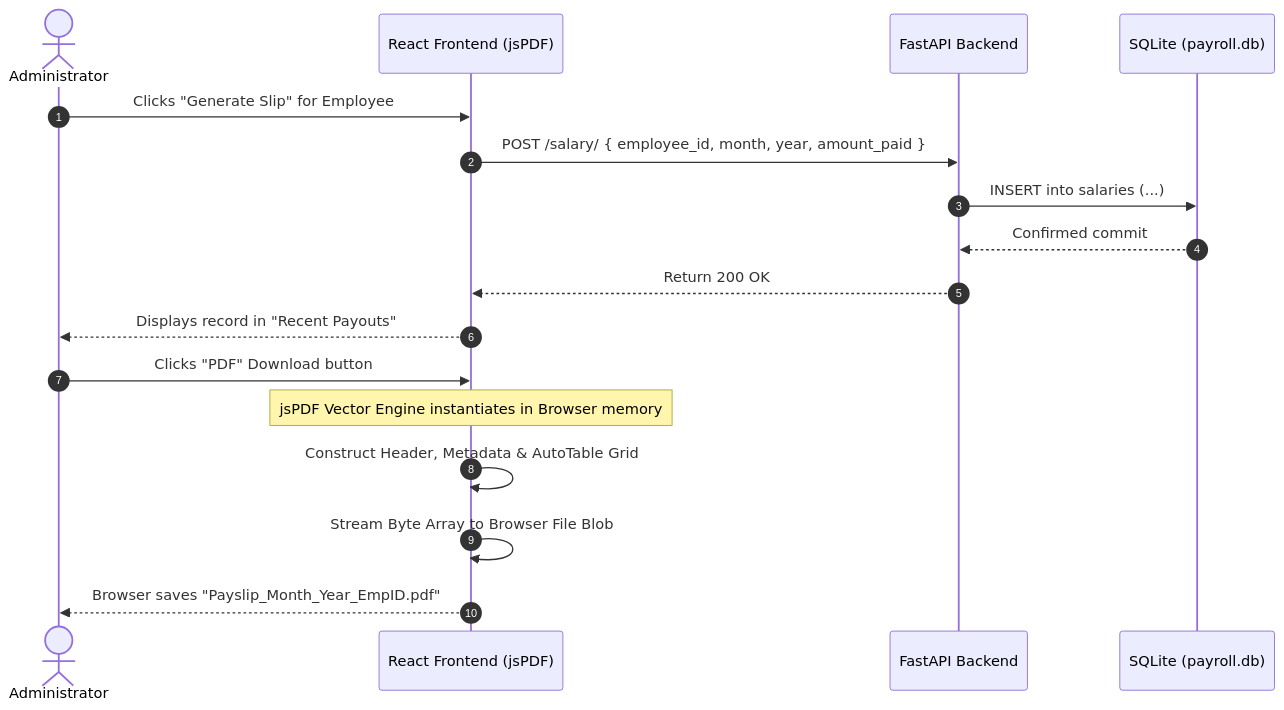
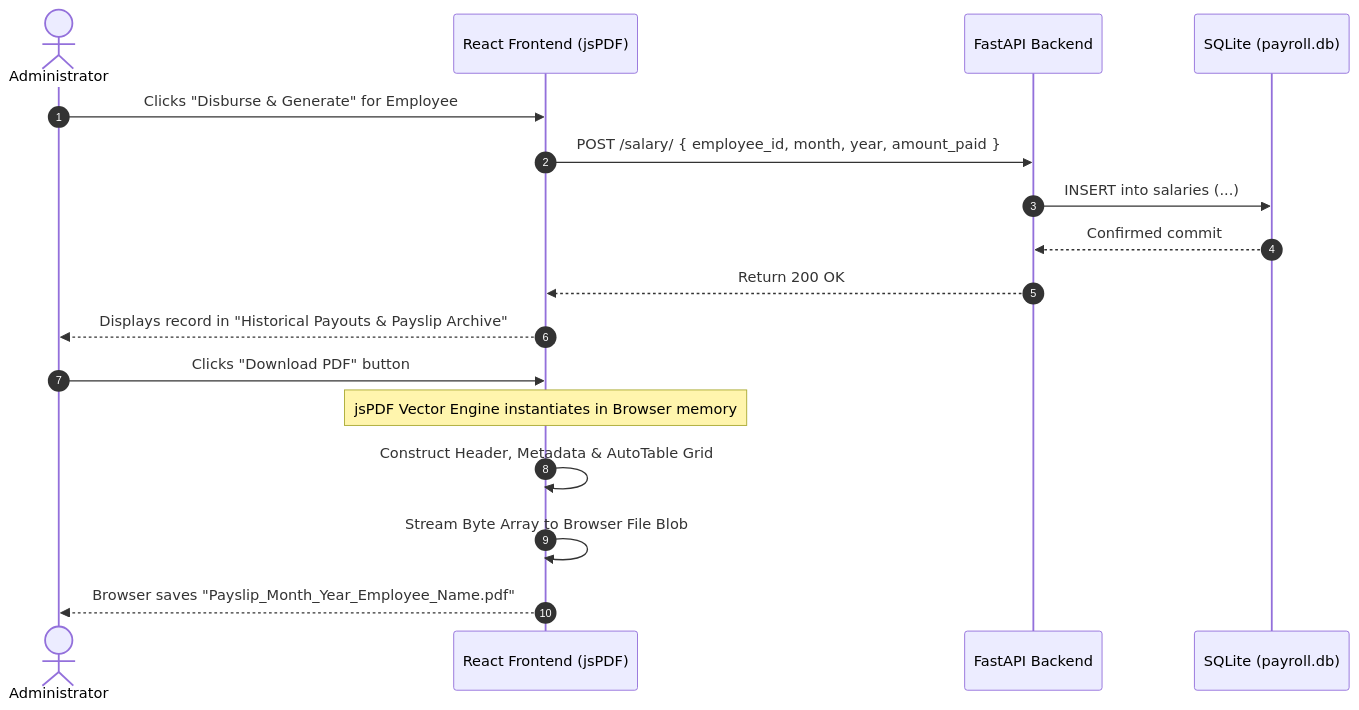
The sixth of 6 diagrams in PROJECT_DOCUMENTATION.md (kapoorpranav26/neoPayroll), drawn with Mermaid before and after one commit. The commit also changed other lines of this file and 1 other file, not shown here.

````diff
--- a/PROJECT_DOCUMENTATION.md
+++ b/PROJECT_DOCUMENTATION.md
@@ -379,21 +377,21 @@
 ```mermaid
 sequenceDiagram
     autonumber
     actor Admin as Administrator
     participant UI as React Frontend (jsPDF)
     participant API as FastAPI Backend
     participant DB as SQLite (payroll.db)
 
-    Admin->>UI: Clicks "Generate Slip" for Employee
+    Admin->>UI: Clicks "Disburse & Generate" for Employee
     UI->>API: POST /salary/ { employee_id, month, year, amount_paid }
     API->>DB: INSERT into salaries (...)
     DB-->>API: Confirmed commit
     API-->>UI: Return 200 OK
-    UI-->>Admin: Displays record in "Recent Payouts"
+    UI-->>Admin: Displays record in "Historical Payouts & Payslip Archive"
 
-    Admin->>UI: Clicks "PDF" Download button
+    Admin->>UI: Clicks "Download PDF" button
     Note over UI: jsPDF Vector Engine instantiates in Browser memory
     UI->>UI: Construct Header, Metadata & AutoTable Grid
     UI->>UI: Stream Byte Array to Browser File Blob
-    UI-->>Admin: Browser saves "Payslip_Month_Year_EmpID.pdf"
+    UI-->>Admin: Browser saves "Payslip_Month_Year_Employee_Name.pdf"
 ```
````
